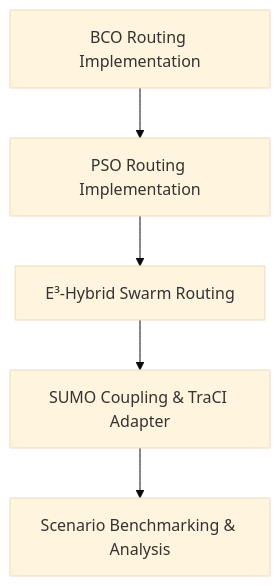
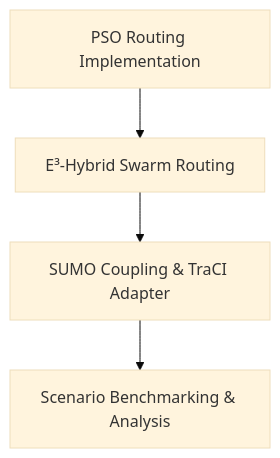
The diagram in docs/THESIS_BUILD_TRACKER.md (sakibisactive/THESIS_P3), drawn with Mermaid (base theme) before and after one commit. The commit also changed other lines of this file and 13 other files, not shown here.

Commit message:
feat(routing): implement E3-Hybrid cooperative swarm orchestrator

````diff
--- a/docs/THESIS_BUILD_TRACKER.md
+++ b/docs/THESIS_BUILD_TRACKER.md
@@ -58,7 +65,6 @@
 ```mermaid
 graph TD
-    A[BCO Routing Implementation] --> B[PSO Routing Implementation]
-    B --> C[E³-Hybrid Swarm Routing]
+    B[PSO Routing Implementation] --> C[E³-Hybrid Swarm Routing]
     C --> D[SUMO Coupling & TraCI Adapter]
     D --> E[Scenario Benchmarking & Analysis]
 ```
````
